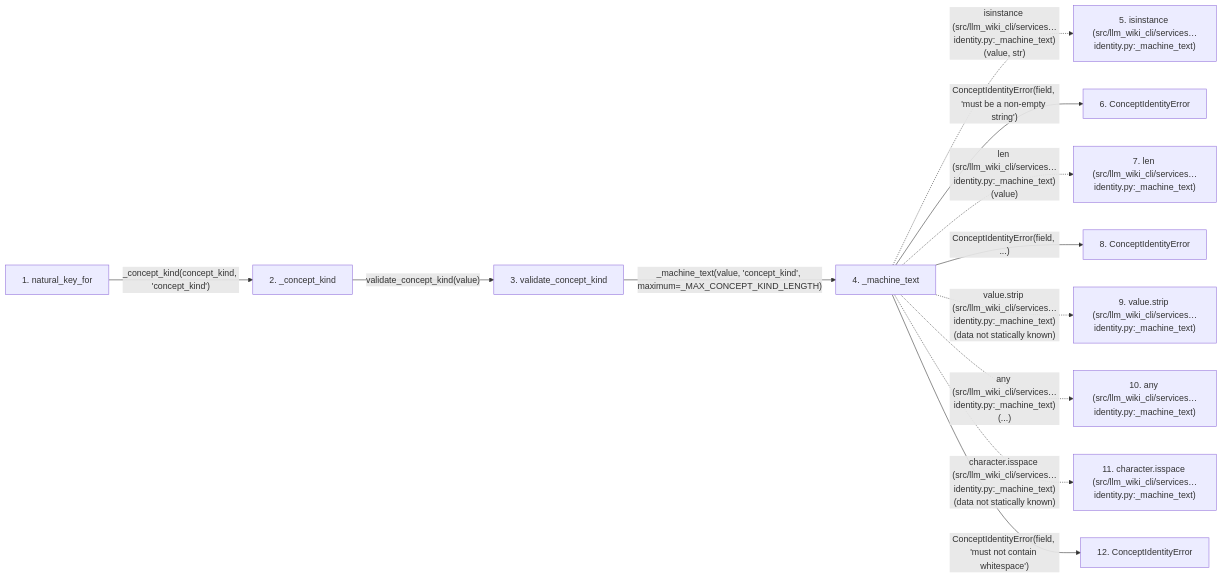
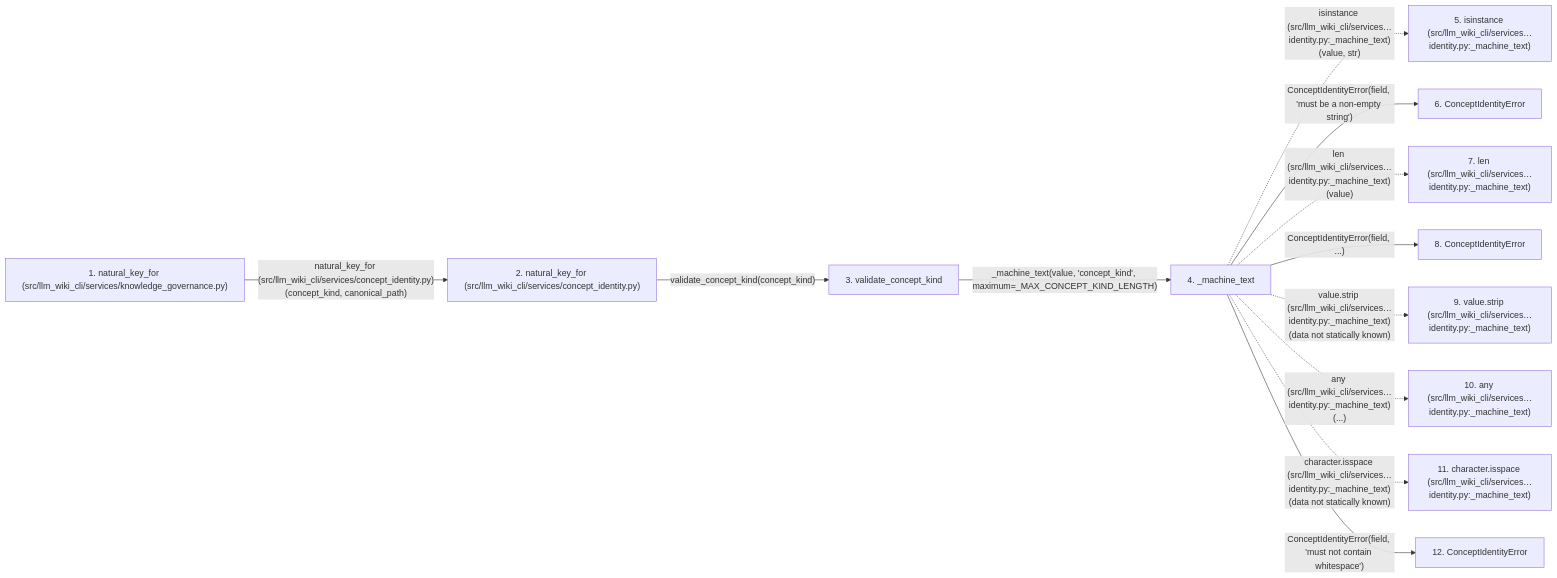
The second of 2 diagrams in docs/llm_wiki/flows/api-natural_key_for.md (Denissvgn/python-wiki-llm), drawn with Mermaid before and after one commit. The commit also changed other lines of this file and 450 other files, not shown here.

First line of the commit message:
Prepare v2.3.1: fix knowledge identity validation and dependency audits (#41)

````diff
--- a/docs/llm_wiki/flows/api-natural_key_for.md
+++ b/docs/llm_wiki/flows/api-natural_key_for.md
@@ -71,33 +71,33 @@
 ```mermaid
 flowchart LR
-    s1["1. natural_key_for"]
-    s2["2. _concept_kind"]
+    s1["1. natural_key_for (src/llm_wiki_cli/services/knowledge_governance.py)"]
+    s2["2. natural_key_for (src/llm_wiki_cli/services/concept_identity.py)"]
     s3["3. validate_concept_kind"]
     s4["4. _machine_text"]
     s5["5. isinstance (src/llm_wiki_cli/services…identity.py:_machine_text)"]
     s6["6. ConceptIdentityError"]
     s7["7. len (src/llm_wiki_cli/services…identity.py:_machine_text)"]
     s8["8. ConceptIdentityError"]
     s9["9. value.strip (src/llm_wiki_cli/services…identity.py:_machine_text)"]
     s10["10. any (src/llm_wiki_cli/services…identity.py:_machine_text)"]
     s11["11. character.isspace (src/llm_wiki_cli/services…identity.py:_machine_text)"]
     s12["12. ConceptIdentityError"]
-    s1 -->|"_concept_kind(concept_kind, 'concept_kind')"| s2
-    s2 -->|"validate_concept_kind(value)"| s3
+    s1 -->|"natural_key_for (src/llm_wiki_cli/services/concept_identity.py)(concept_kind, canonical_path)"| s2
+    s2 -->|"validate_concept_kind(concept_kind)"| s3
     s3 -->|"_machine_text(value, 'concept_kind', maximum=_MAX_CONCEPT_KIND_LENGTH)"| s4
     s4 -. "isinstance (src/llm_wiki_cli/services…identity.py:_machine_text)(value, str)" .-> s5
     s4 -->|"ConceptIdentityError(field, 'must be a non-empty string')"| s6
     s4 -. "len (src/llm_wiki_cli/services…identity.py:_machine_text)(value)" .-> s7
     s4 -->|"ConceptIdentityError(field, ...)"| s8
     s4 -. "value.strip (src/llm_wiki_cli/services…identity.py:_machine_text)(data not statically known)" .-> s9
     s4 -. "any (src/llm_wiki_cli/services…identity.py:_machine_text)(...)" .-> s10
     s4 -. "character.isspace (src/llm_wiki_cli/services…identity.py:_machine_text)(data not statically known)" .-> s11
     s4 -->|"ConceptIdentityError(field, 'must not contain whitespace')"| s12
     click s1 "../modules/knowledge_governance.md"
-    click s2 "../modules/knowledge_governance.md"
+    click s2 "../modules/concept_identity.md"
     click s3 "../modules/concept_identity.md"
     click s4 "../modules/concept_identity.md"
     click s6 "../modules/concept_identity.md"
     click s8 "../modules/concept_identity.md"
     click s12 "../modules/concept_identity.md"
 ```
````
